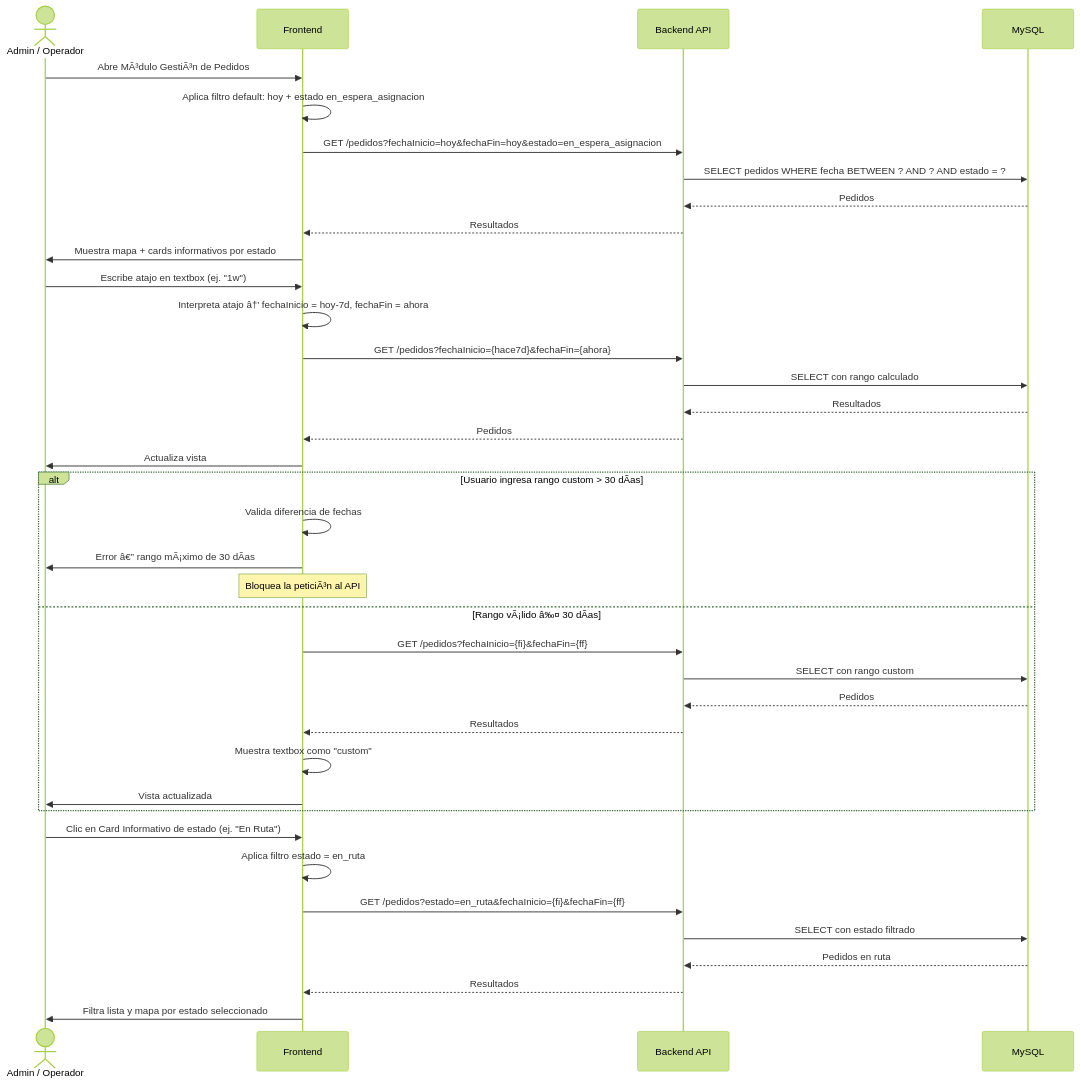
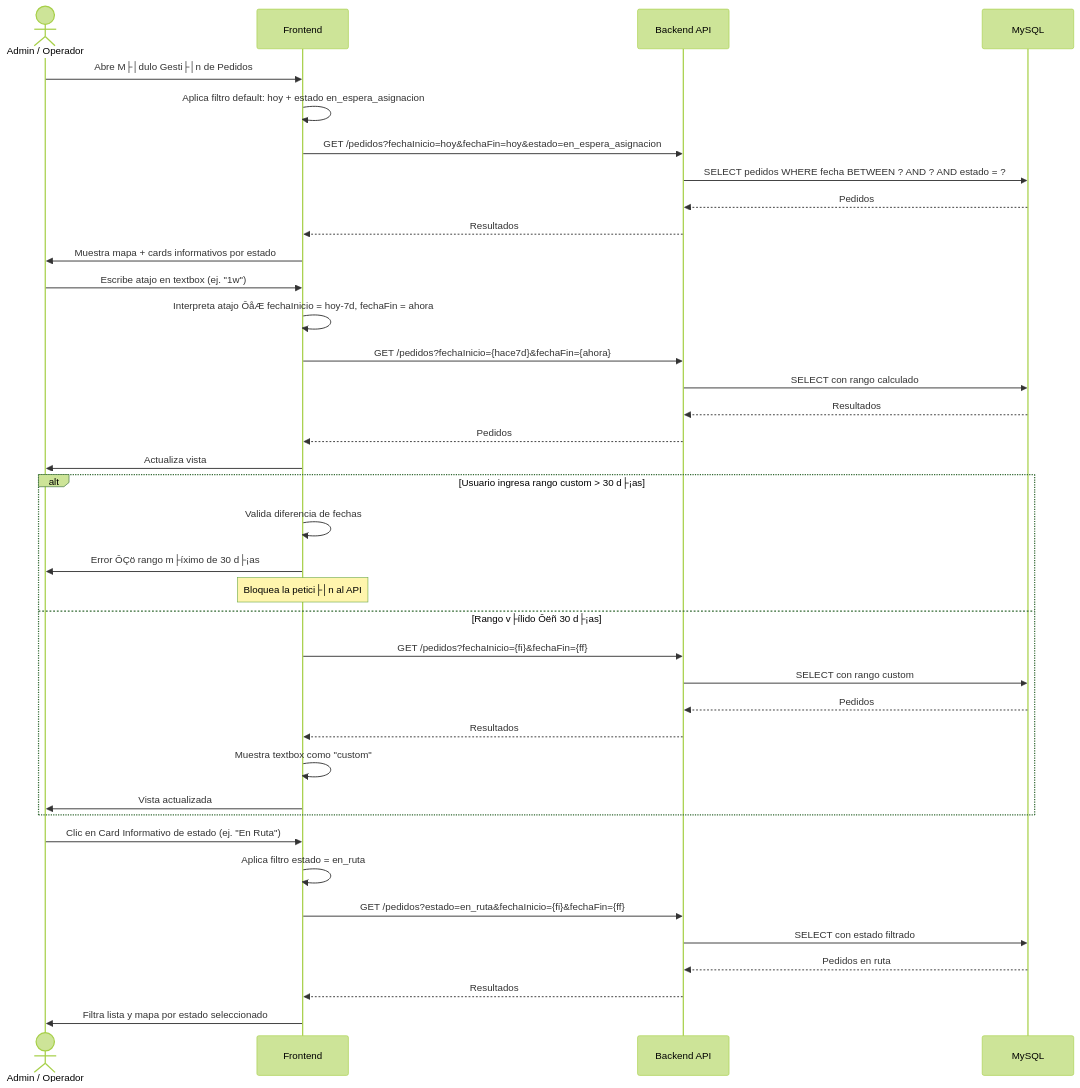
The eighth of 23 diagrams in docs/especificacion.md (UNIPI6TO/PI-ECOMMERCE-FRITOLAY), drawn with Mermaid (forest theme) before and after one commit. The commit also changed other lines of this file, not shown here.

````diff
--- a/docs/especificacion.md
+++ b/docs/especificacion.md
@@ -1162,44 +1162,44 @@
 ```mermaid
 sequenceDiagram
     actor Usuario as Admin / Operador
     participant FE as Frontend
     participant API as Backend API
     participant DB as MySQL
 
-    Usuario->>FE: Abre MÃ³dulo GestiÃ³n de Pedidos
+    Usuario->>FE: Abre M├│dulo Gesti├│n de Pedidos
     FE->>FE: Aplica filtro default: hoy + estado en_espera_asignacion
     FE->>API: GET /pedidos?fechaInicio=hoy&fechaFin=hoy&estado=en_espera_asignacion
     API->>DB: SELECT pedidos WHERE fecha BETWEEN ? AND ? AND estado = ?
     DB-->>API: Pedidos
     API-->>FE: Resultados
     FE->>Usuario: Muestra mapa + cards informativos por estado
 
     Usuario->>FE: Escribe atajo en textbox (ej. "1w")
-    FE->>FE: Interpreta atajo â†’ fechaInicio = hoy-7d, fechaFin = ahora
+    FE->>FE: Interpreta atajo ÔåÆ fechaInicio = hoy-7d, fechaFin = ahora
     FE->>API: GET /pedidos?fechaInicio={hace7d}&fechaFin={ahora}
     API->>DB: SELECT con rango calculado
     DB-->>API: Resultados
     API-->>FE: Pedidos
     FE->>Usuario: Actualiza vista
 
-    alt Usuario ingresa rango custom > 30 dÃ­as
+    alt Usuario ingresa rango custom > 30 d├¡as
         FE->>FE: Valida diferencia de fechas
-        FE->>Usuario: Error â€” rango mÃ¡ximo de 30 dÃ­as
-        Note over FE: Bloquea la peticiÃ³n al API
-    else Rango vÃ¡lido â‰¤ 30 dÃ­as
+        FE->>Usuario: Error ÔÇö rango m├íximo de 30 d├¡as
+        Note over FE: Bloquea la petici├│n al API
+    else Rango v├ílido Ôëñ 30 d├¡as
         FE->>API: GET /pedidos?fechaInicio={fi}&fechaFin={ff}
         API->>DB: SELECT con rango custom
         DB-->>API: Pedidos
         API-->>FE: Resultados
         FE->>FE: Muestra textbox como "custom"
         FE->>Usuario: Vista actualizada
     end
 
     Usuario->>FE: Clic en Card Informativo de estado (ej. "En Ruta")
     FE->>FE: Aplica filtro estado = en_ruta
     FE->>API: GET /pedidos?estado=en_ruta&fechaInicio={fi}&fechaFin={ff}
     API->>DB: SELECT con estado filtrado
     DB-->>API: Pedidos en ruta
     API-->>FE: Resultados
     FE->>Usuario: Filtra lista y mapa por estado seleccionado
 ```
````
